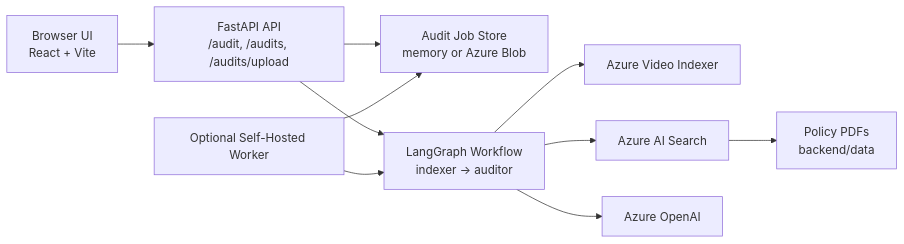
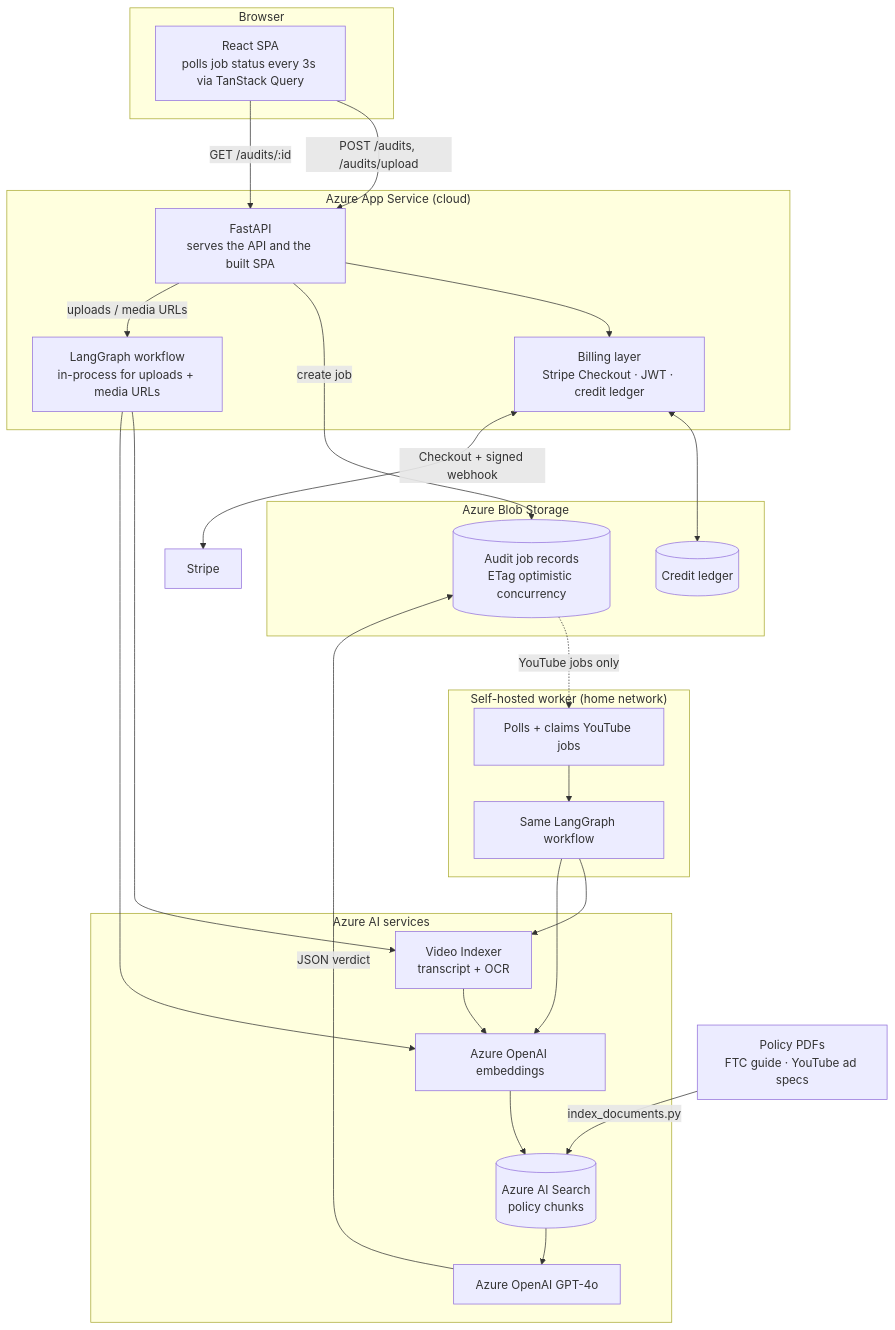
The diagram in README.md (srikara202/youtube-ad-compliance-checker), drawn with Mermaid before and after one commit. The commit also changed other lines of this file and 1 other file, not shown here.

First line of the commit message:
Rewrite README as a portfolio case study; add app screenshot

````diff
--- a/README.md
+++ b/README.md
@@ -56,12 +57,51 @@
 ```mermaid
-flowchart LR
-    Browser["Browser UI<br/>React + Vite"] --> API["FastAPI API<br/>/audit, /audits, /audits/upload"]
-    API --> Store["Audit Job Store<br/>memory or Azure Blob"]
-    API --> Graph["LangGraph Workflow<br/>indexer -> auditor"]
-    Worker["Optional Self-Hosted Worker"] --> Store
-    Worker --> Graph
-    Graph --> VI["Azure Video Indexer"]
-    Graph --> Search["Azure AI Search"]
-    Graph --> OpenAI["Azure OpenAI"]
-    Search --> PDFs["Policy PDFs<br/>backend/data"]
+flowchart TB
+    subgraph client[Browser]
+        UI["React SPA<br/>polls job status every 3s via TanStack Query"]
+    end
+
+    subgraph appservice["Azure App Service (cloud)"]
+        API["FastAPI<br/>serves the API and the built SPA"]
+        BILL["Billing layer<br/>Stripe Checkout · JWT · credit ledger"]
+        GRAPH1["LangGraph workflow<br/>in-process for uploads + media URLs"]
+    end
+
+    subgraph shared["Azure Blob Storage"]
+        QUEUE[("Audit job records<br/>ETag optimistic concurrency")]
+        LEDGER[("Credit ledger")]
+    end
+
+    subgraph local["Self-hosted worker (home network)"]
+        WORKER["Polls + claims YouTube jobs"]
+        GRAPH2["Same LangGraph workflow"]
+    end
+
+    subgraph azureai["Azure AI services"]
+        VI["Video Indexer<br/>transcript + OCR"]
+        EMB["Azure OpenAI embeddings"]
+        SEARCH[("Azure AI Search<br/>policy chunks")]
+        LLM["Azure OpenAI GPT-4o"]
+    end
+
+    STRIPE["Stripe"]
+    PDFS["Policy PDFs<br/>FTC guide · YouTube ad specs"]
+
+    UI -->|"POST /audits, /audits/upload"| API
+    UI -->|"GET /audits/:id"| API
+    API --> BILL
+    BILL <--> LEDGER
+    BILL <-->|"Checkout + signed webhook"| STRIPE
+    API -->|"create job"| QUEUE
+    API -->|"uploads / media URLs"| GRAPH1
+    QUEUE -.->|"YouTube jobs only"| WORKER
+    WORKER --> GRAPH2
+    GRAPH1 --> VI
+    GRAPH2 --> VI
+    GRAPH1 --> EMB
+    GRAPH2 --> EMB
+    VI --> EMB
+    EMB --> SEARCH
+    SEARCH --> LLM
+    LLM -->|"JSON verdict"| QUEUE
+    PDFS -->|"index_documents.py"| SEARCH
 ```
````
